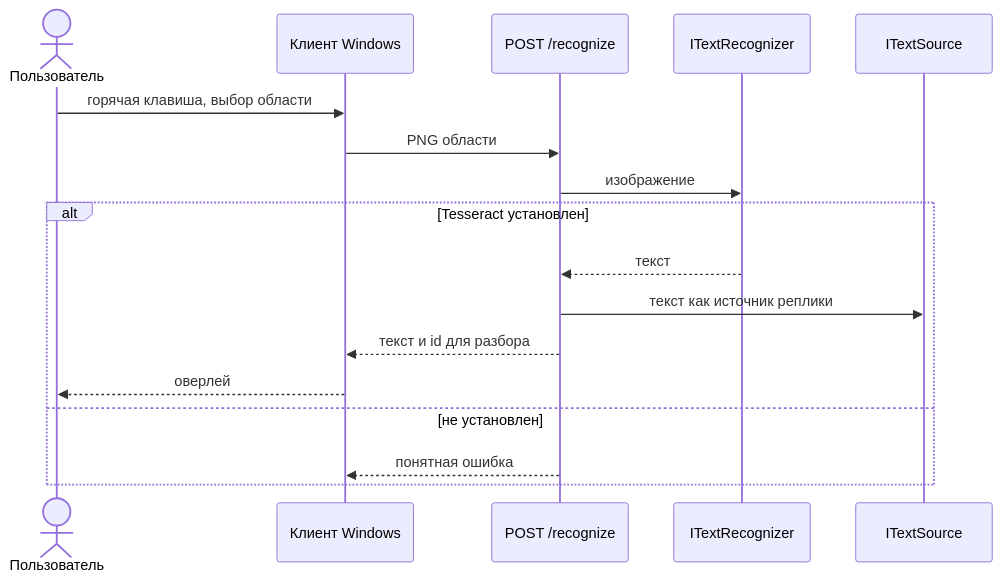
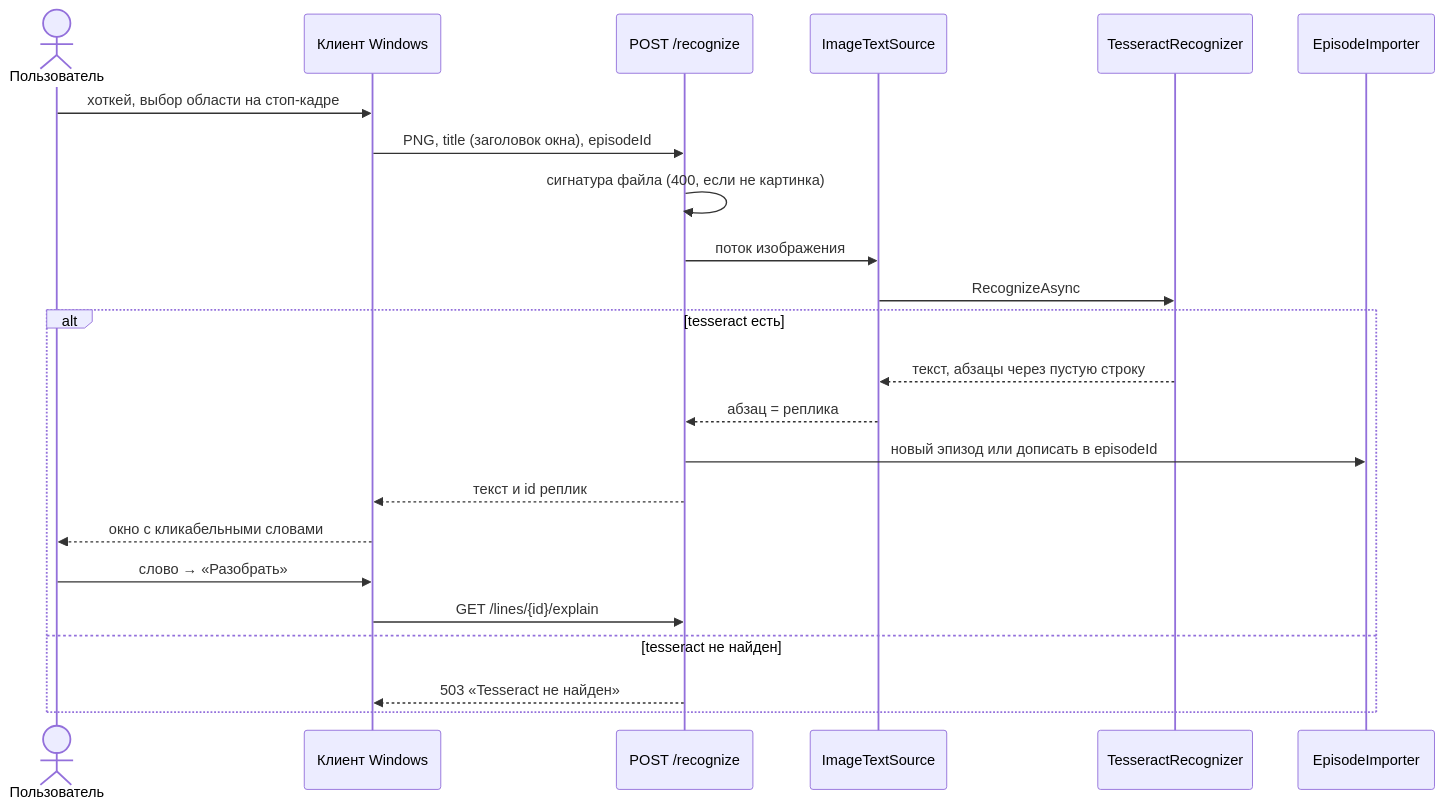
One commit to k0baboba/EasyLangApi changed the seventh of 8 diagrams in docs/04-architecture.md. Above: the diagram before and after it, drawn with Mermaid. The commit also changed other lines of this file and 6 other files, not shown here.

````diff
--- a/docs/04-architecture.md
+++ b/docs/04-architecture.md
@@ -243,20 +330,26 @@
 ```mermaid
 sequenceDiagram
     actor U as Пользователь
     participant C as Клиент Windows
     participant API as POST /recognize
-    participant TR as ITextRecognizer
-    participant TS as ITextSource
+    participant IS as ImageTextSource
+    participant TR as TesseractRecognizer
+    participant I as EpisodeImporter
 
-    U->>C: горячая клавиша, выбор области
-    C->>API: PNG области
-    API->>TR: изображение
-    alt Tesseract установлен
-        TR-->>API: текст
-        API->>TS: текст как источник реплики
-        API-->>C: текст и id для разбора
-        C-->>U: оверлей
-    else не установлен
-        API-->>C: понятная ошибка
+    U->>C: хоткей, выбор области на стоп-кадре
+    C->>API: PNG, title (заголовок окна), episodeId
+    API->>API: сигнатура файла (400, если не картинка)
+    API->>IS: поток изображения
+    IS->>TR: RecognizeAsync
+    alt tesseract есть
+        TR-->>IS: текст, абзацы через пустую строку
+        IS-->>API: абзац = реплика
+        API->>I: новый эпизод или дописать в episodeId
+        API-->>C: текст и id реплик
+        C-->>U: окно с кликабельными словами
+        U->>C: слово → «Разобрать»
+        C->>API: GET /lines/{id}/explain
+    else tesseract не найден
+        API-->>C: 503 «Tesseract не найден»
     end
 ```
````
